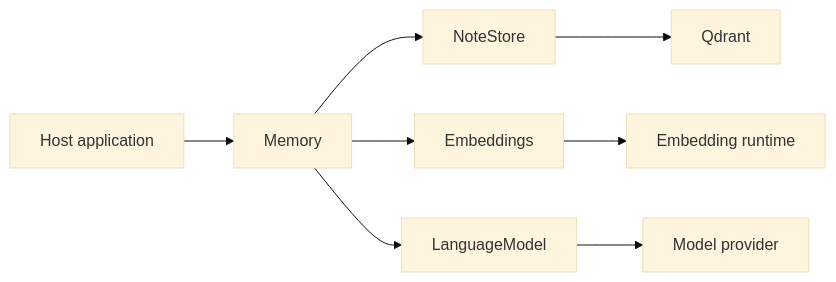
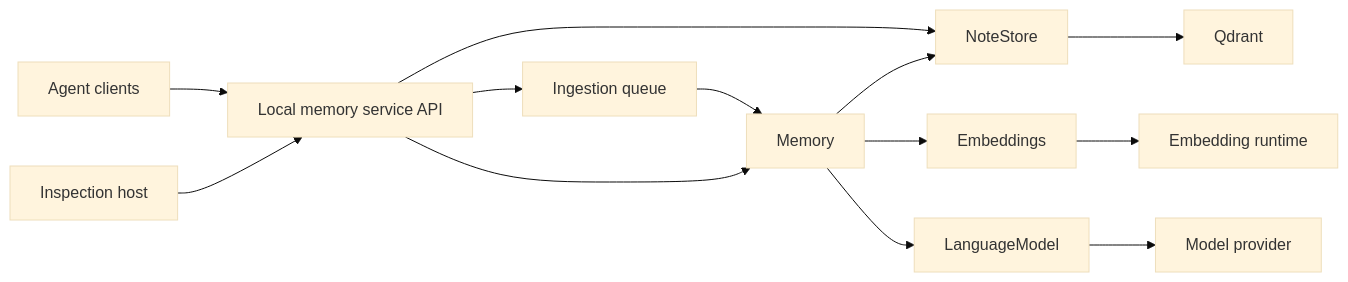
One commit to saintiago/agentic-memory changed the diagram in docs/architecture.md. Above: the diagram before and after it, drawn with Mermaid (base theme). The commit also changed other lines of this file and 8 other files, not shown here.

Commit message:
docs: design shared memory service and durable ingestion queue

````diff
--- a/docs/architecture.md
+++ b/docs/architecture.md
@@ -22,10 +25,15 @@
 ```mermaid
 flowchart LR
-    Host[Host application] --> Memory
+    Host[Agent clients] --> Service[Local memory service API]
+    Dashboard[Inspection host] --> Service
+    Service --> Queue[Ingestion queue]
+    Queue --> Memory
+    Service --> Memory
+    Service --> NoteStore
     Memory --> NoteStore
     Memory --> Embeddings
     Memory --> LanguageModel
     NoteStore --> Qdrant
     Embeddings --> Encoder[Embedding runtime]
     LanguageModel --> Provider[Model provider]
 ```
````
